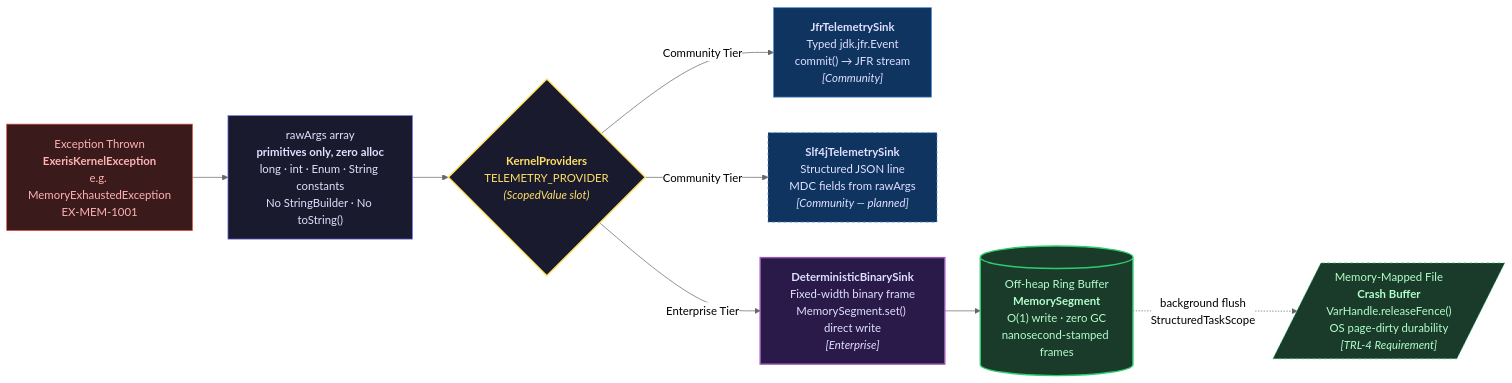
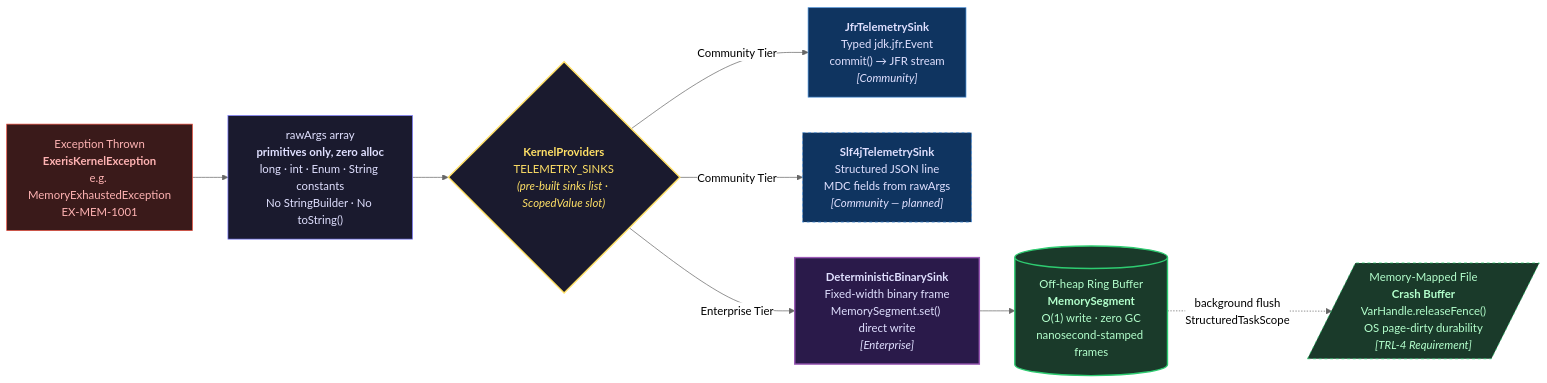
Before and after one commit to exeris-systems/exeris-kernel: the diagram in docs/subsystems/telemetry.md, drawn with Mermaid (neutral theme). The commit also changed other lines of this file and 4 other files, not shown here.

Commit message:
update(docs): Clarify architectural rules and flow definitions, and enhance telemetry and transport documentation

````diff
--- a/docs/subsystems/telemetry.md
+++ b/docs/subsystems/telemetry.md
@@ -181,35 +181,35 @@
 ```mermaid
 flowchart LR
     A["Exception Thrown\n<b>ExerisKernelException</b>\ne.g. MemoryExhaustedException\nEX-MEM-1001"]
 
     B["rawArgs array\n<b>primitives only, zero alloc</b>\nlong · int · Enum · String constants\nNo StringBuilder · No toString()"]
 
-    C{"<b>KernelProviders</b>\nTELEMETRY_PROVIDER\n<i>(ScopedValue slot)</i>"}
+    C{"<b>KernelProviders</b>\nTELEMETRY_SINKS\n<i>(pre-built sinks list · ScopedValue slot)</i>"}
 
     D["<b>JfrTelemetrySink</b>\nTyped jdk.jfr.Event\ncommit() → JFR stream\n<i>[Community]</i>"]
 
     E["<b>Slf4jTelemetrySink</b>\nStructured JSON line\nMDC fields from rawArgs\n<i>[Community — planned]</i>"]
 
     F["<b>DeterministicBinarySink</b>\nFixed-width binary frame\nMemorySegment.set() direct write\n<i>[Enterprise]</i>"]
 
     G[("Off-heap Ring Buffer\n<b>MemorySegment</b>\nO(1) write · zero GC\nnanosecond-stamped frames")]
 
     H[/"Memory-Mapped File\n<b>Crash Buffer</b>\nVarHandle.releaseFence()\nOS page-dirty durability\n<i>[TRL-4 Requirement]</i>"/]
 
     A --> B --> C
 
     C -->|"Community Tier"| D & E
     C -->|"Enterprise Tier"| F
 
     F --> G
     G -.->|"background flush\nStructuredTaskScope"| H
 
     style A fill:#3a1a1a,color:#ffb3b3,stroke:#e74c3c
     style B fill:#1a1a2e,color:#e0e0ff,stroke:#7c7cff
     style C fill:#1a1a2e,color:#ffe066,stroke:#ffe066,stroke-width:2px
     style D fill:#0f3460,color:#e0e0ff,stroke:#4a90d9
     style E fill:#0f3460,color:#e0e0ff,stroke:#4a90d9,stroke-dasharray: 4 4
     style F fill:#2a1a4a,color:#e0e0ff,stroke:#9b59b6,stroke-width:2px
     style G fill:#1a3a2a,color:#b3ffcc,stroke:#2ecc71,stroke-width:2px
     style H fill:#1a3a2a,color:#b3ffcc,stroke:#2ecc71,stroke-dasharray: 4 4
 ```
````
